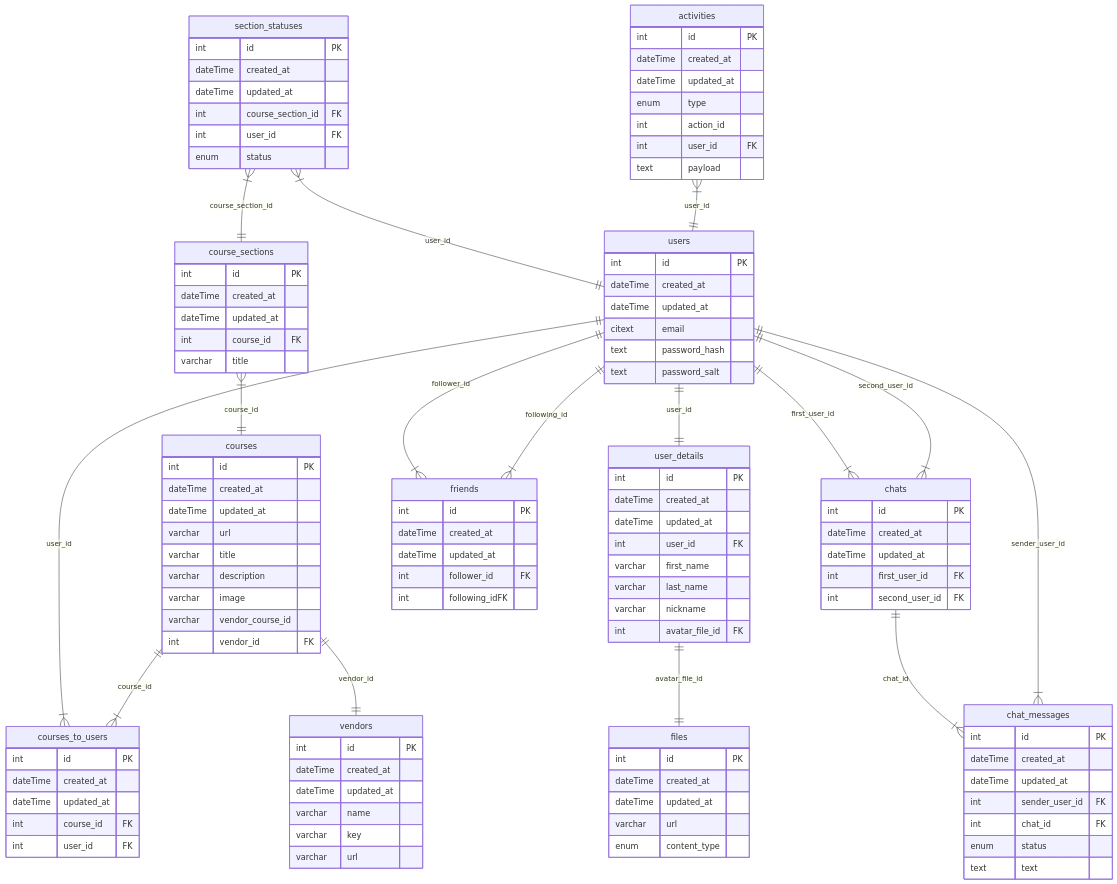
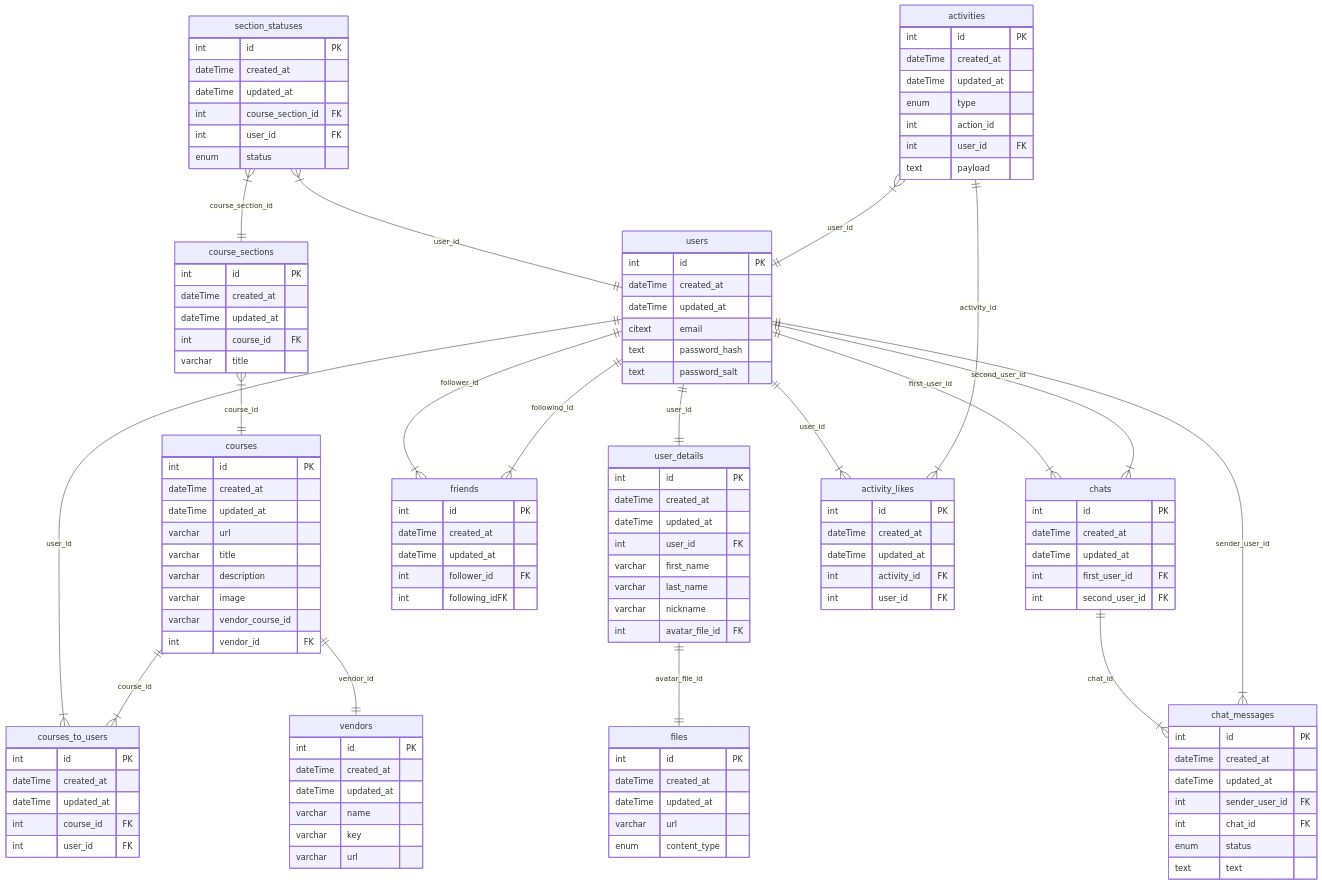
One commit to BinaryStudioAcademy/bsa-winter-2023-2024-trackmates changed the diagram in readme.md. Above: the diagram before and after it, drawn with Mermaid.

Commit message:
feat(backend): upgraded DB scheme to readme tm-159

````diff
--- a/readme.md
+++ b/readme.md
@@ -136,6 +136,14 @@
     text payload
    }
 
+   activity_likes{
+    int id PK
+    dateTime created_at
+    dateTime updated_at
+    int activity_id FK
+    int user_id FK
+   }
+
    users ||--|| user_details : user_id
    user_details ||--|| files : avatar_file_id
 
@@ -159,4 +167,6 @@
    section_statuses }|--|| users : user_id
    activities }|--|| users : user_id
 
+   users ||--|{ activity_likes : user_id
+   activities ||--|{ activity_likes : activity_id
 ```
````
